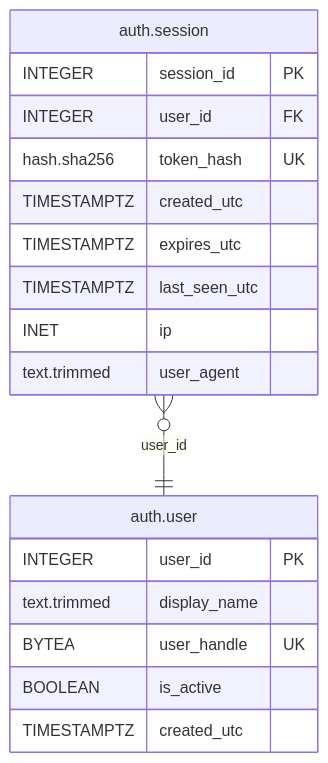
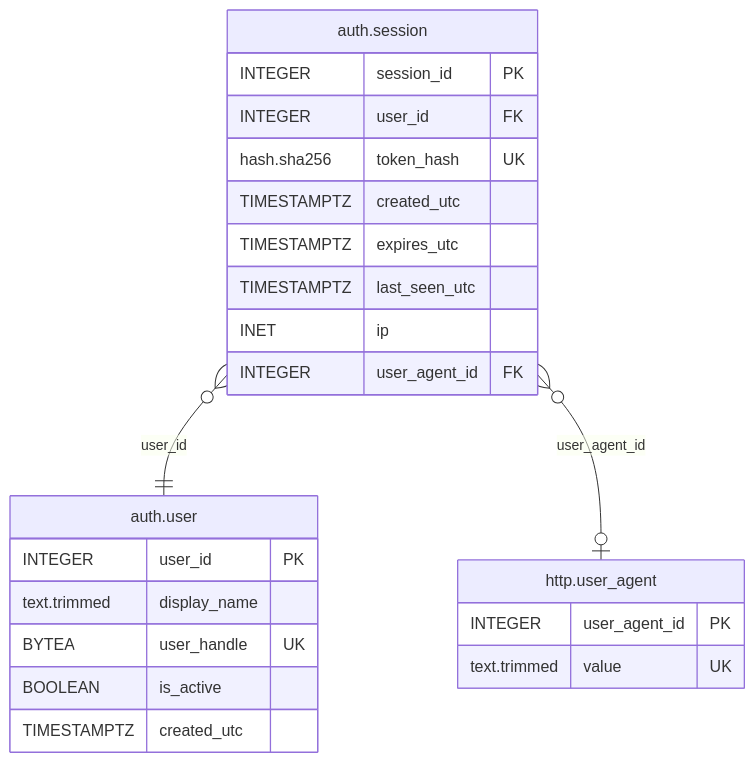
Before and after one commit to OlsonDev/josholson.dev: the diagram in docs/schema/auth.session.md, drawn with Mermaid. The commit also changed other lines of this file and 9 other files, not shown here.

Commit message:
🗃️ Add an `http` schema with a deduplicated `http.user_agent`, reference it from `auth.session` and `form.contact` (which also gains `ip`), renumber the later migrations, and regenerate `docs/schema`

````diff
--- a/docs/schema/auth.session.md
+++ b/docs/schema/auth.session.md
@@ -59,24 +65,30 @@
 ```mermaid
 erDiagram
 
 "auth.session" }o--|| "auth.user" : "user_id"
+"auth.session" }o--o| "http.user_agent" : "user_agent_id"
 
 "auth.session" {
   INTEGER session_id PK
   INTEGER user_id FK
   hash.sha256 token_hash UK
   TIMESTAMPTZ created_utc
   TIMESTAMPTZ expires_utc
   TIMESTAMPTZ last_seen_utc
   INET ip
-  text.trimmed user_agent
+  INTEGER user_agent_id FK
 }
 
 "auth.user" {
   INTEGER user_id PK
   text.trimmed display_name
   BYTEA user_handle UK
   BOOLEAN is_active
   TIMESTAMPTZ created_utc
 }
+
+"http.user_agent" {
+  INTEGER user_agent_id PK
+  text.trimmed value UK
+}
 ```
````
